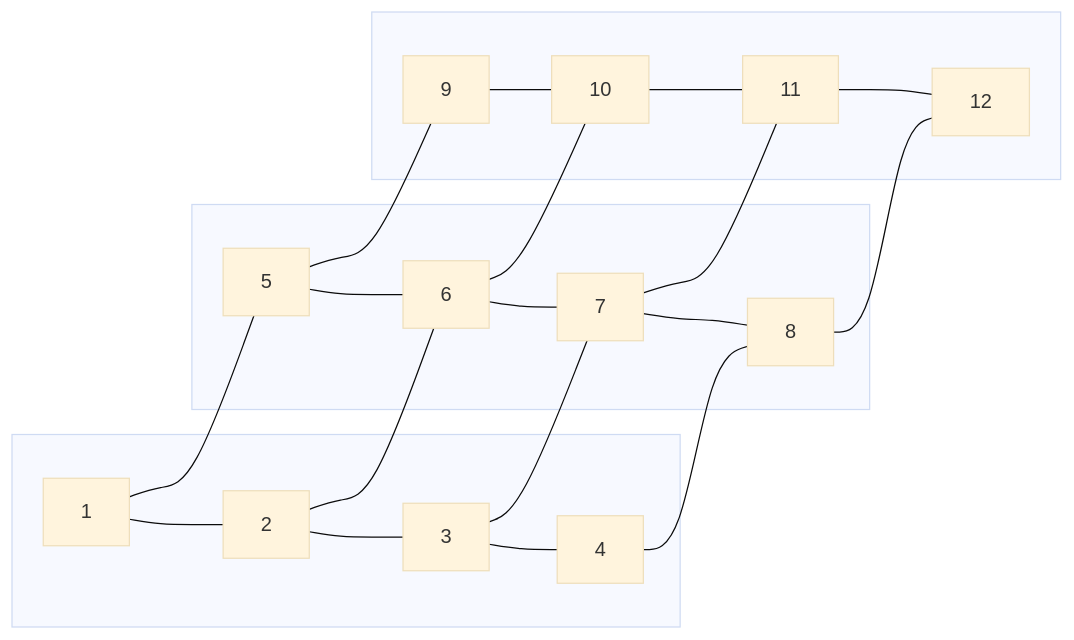
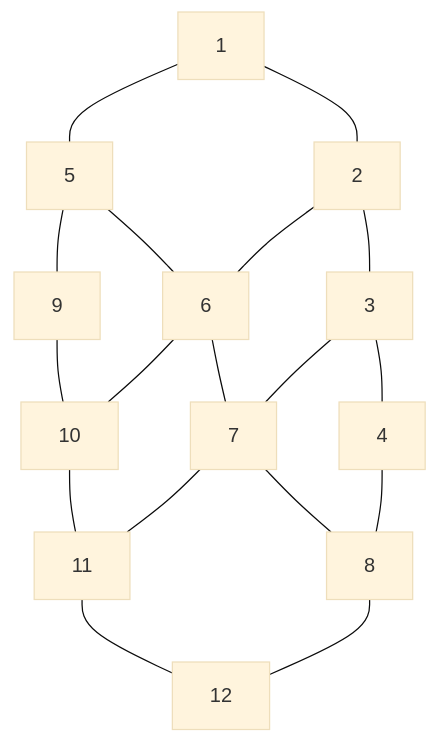
The second of 2 diagrams in README.md (athena-tircgo/amr-lsj), drawn with Mermaid (base theme) before and after one commit.

````diff
--- a/README.md
+++ b/README.md
@@ -50,23 +50,13 @@
 ```mermaid
-graph LR
-    %% 第一排
-    subgraph row1[ ]
-        A1[1] --- A2[2] --- A3[3] --- A4[4]
-    end
+graph TD
+    %% 先定義橫向連線（每一排）
+    A1[1] --- A2[2] --- A3[3] --- A4[4]
+    A5[5] --- A6[6] --- A7[7] --- A8[8]
+    A9[9] --- A10[10] --- A11[11] --- A12[12]
 
-    %% 第二排
-    subgraph row2[ ]
-        A5[5] --- A6[6] --- A7[7] --- A8[8]
-    end
-
-    %% 第三排
-    subgraph row3[ ]
-        A9[9] --- A10[10] --- A11[11] --- A12[12]
-    end
-
-    %% 垂直連線（每欄）
+    %% 再加垂直連線
     A1 --- A5 --- A9
     A2 --- A6 --- A10
     A3 --- A7 --- A11
     A4 --- A8 --- A12
 ```
````
